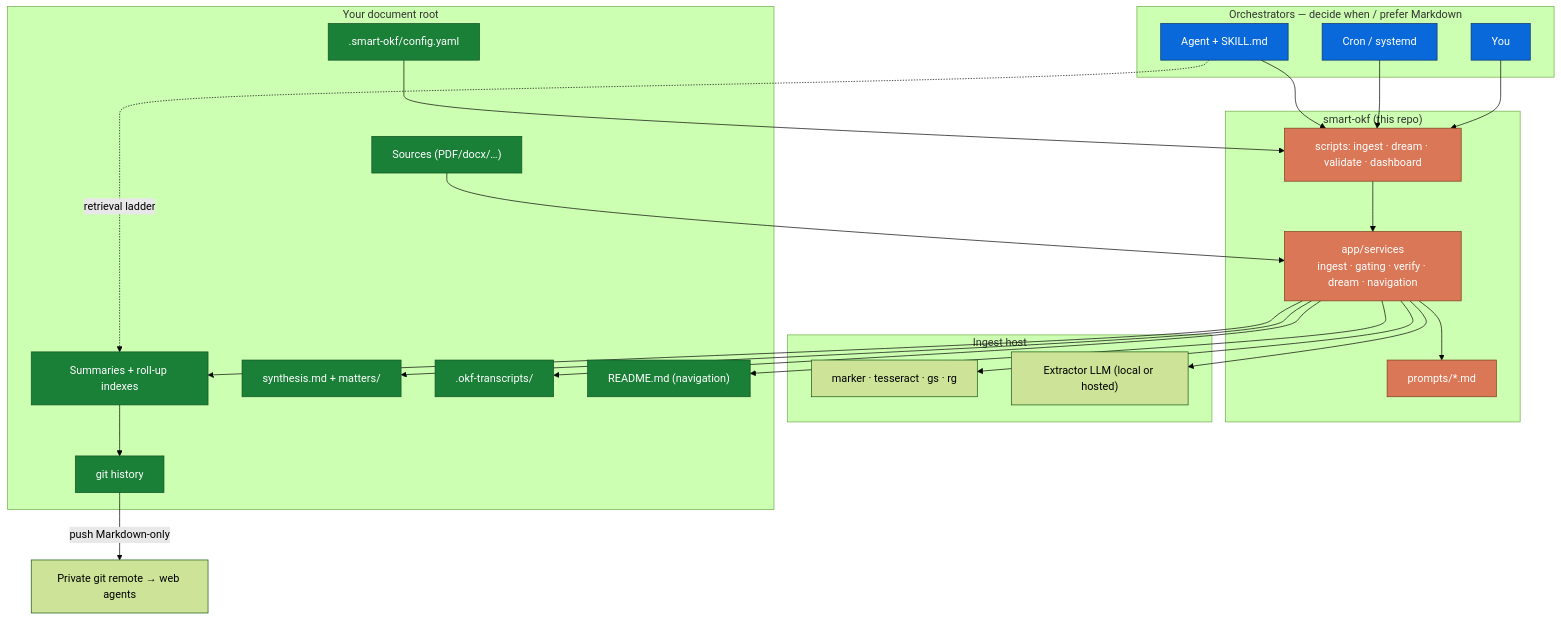
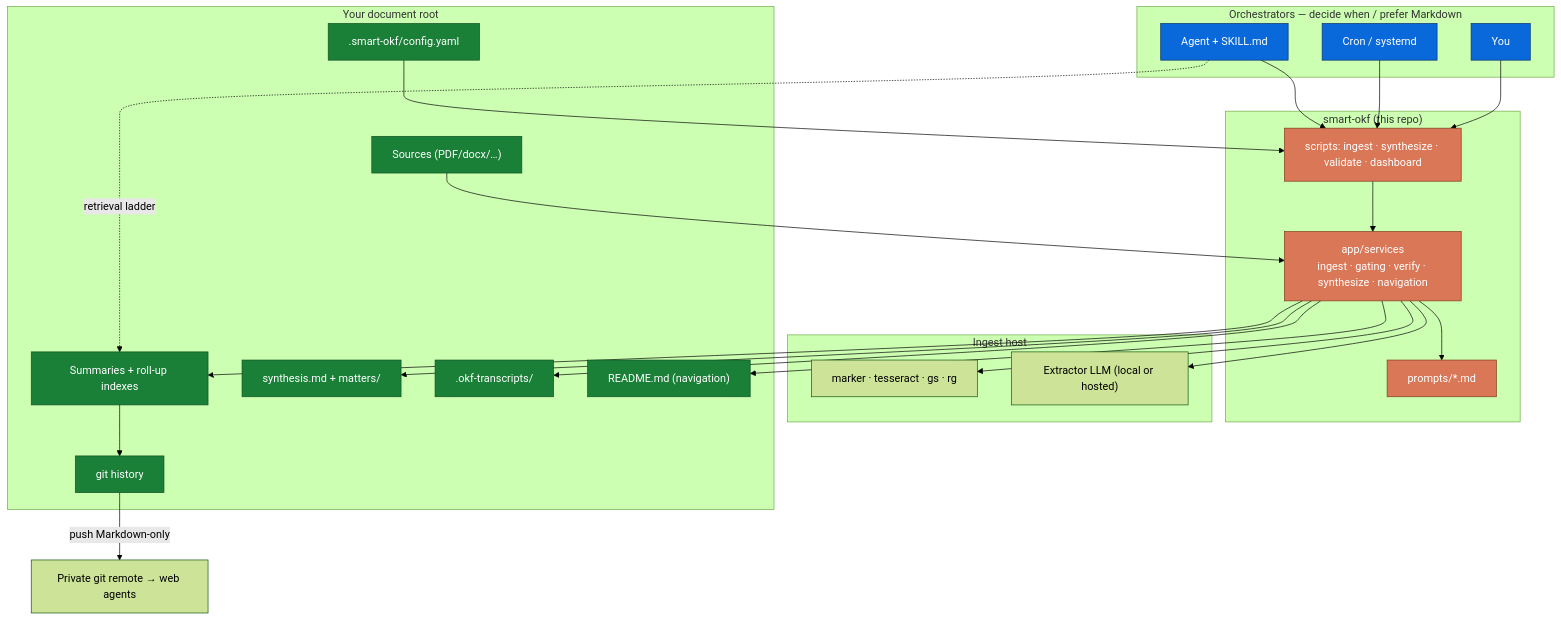
Before and after one commit to TuxLux40/skills: the fourth of 4 diagrams in skills/smart-okf/README.md, drawn with Mermaid (forest theme). The commit also changed other lines of this file and 26 other files, not shown here.

First line of the commit message:
refactor(smart-okf): rename the dream pass to synthesize

````diff
--- a/skills/smart-okf/README.md
+++ b/skills/smart-okf/README.md
@@ -298,41 +298,41 @@
 ```mermaid
 flowchart TB
     subgraph orch["Orchestrators — decide when / prefer Markdown"]
         Agent["Agent + SKILL.md"]
         Cron["Cron / systemd"]
         Human["You"]
     end
     subgraph skill["smart-okf (this repo)"]
-        CLI["scripts: ingest · dream · validate · dashboard"]
-        Services["app/services<br/>ingest · gating · verify · dream · navigation"]
+        CLI["scripts: ingest · synthesize · validate · dashboard"]
+        Services["app/services<br/>ingest · gating · verify · synthesize · navigation"]
         Prompts["prompts/*.md"]
     end
     subgraph host["Ingest host"]
         Tools["marker · tesseract · gs · rg"]
         Extractor["Extractor LLM (local or hosted)"]
     end
     subgraph tree["Your document root"]
         Config[".smart-okf/config.yaml"]
         Sources["Sources (PDF/docx/…)"]
         Agg["Summaries + roll-up indexes"]
         Synth["synthesis.md + matters/"]
         Tx[".okf-transcripts/"]
         Nav["README.md (navigation)"]
         Git["git history"]
     end
     Agent & Cron & Human --> CLI
     Config --> CLI
     CLI --> Services --> Prompts
     Services --> Tools & Extractor
     Sources --> Services
     Services --> Agg & Synth & Tx & Nav
     Agg --> Git -->|push Markdown-only| Remote["Private git remote → web agents"]
     Agent -.->|retrieval ladder| Agg
 
     classDef a fill:#0969da,stroke:#0a3069,color:#fff
     classDef b fill:#d97757,stroke:#7d3c1e,color:#fff
     classDef c fill:#1a7f37,stroke:#0f5323,color:#fff
     class Agent,Cron,Human a
     class CLI,Services,Prompts b
     class Sources,Agg,Synth,Tx,Nav,Git,Config c
 ```
````
